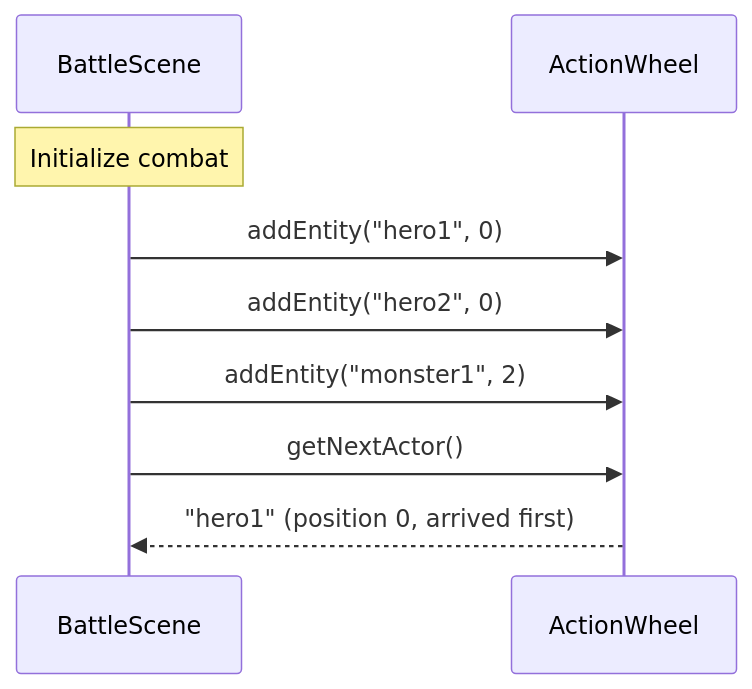
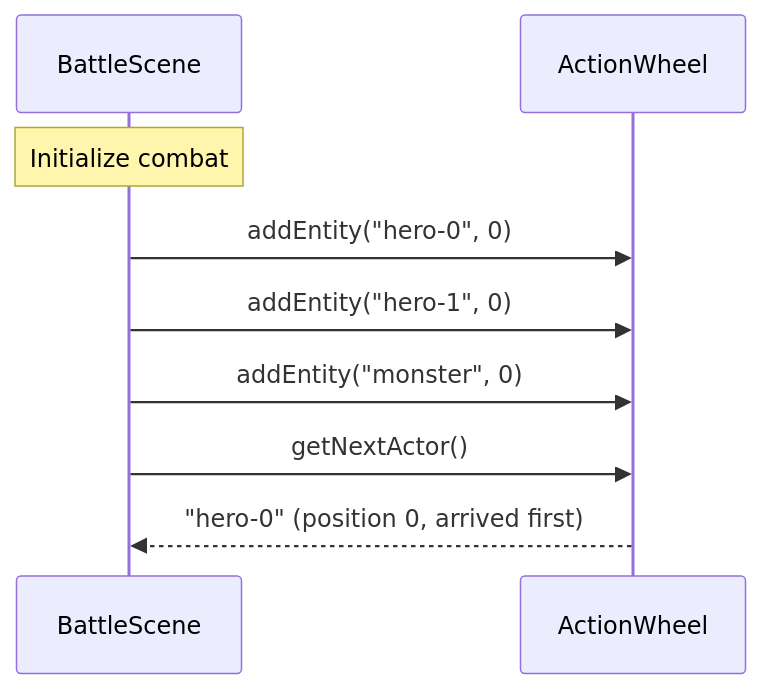
One commit to Dpothier/tabletop-workshop changed the third of 3 diagrams in docs/architecture/action-wheel.md. Above: the diagram before and after it, drawn with Mermaid. The commit also changed 40 other files, not shown here.

First line of the commit message:
feat: implement state/visual separation architecture

````diff
--- a/docs/architecture/action-wheel.md
+++ b/docs/architecture/action-wheel.md
@@ -63,14 +63,14 @@
 ```mermaid
 sequenceDiagram
     participant Battle as BattleScene
     participant Wheel as ActionWheel
 
     Note over Battle: Initialize combat
 
-    Battle->>Wheel: addEntity("hero1", 0)
-    Battle->>Wheel: addEntity("hero2", 0)
-    Battle->>Wheel: addEntity("monster1", 2)
+    Battle->>Wheel: addEntity("hero-0", 0)
+    Battle->>Wheel: addEntity("hero-1", 0)
+    Battle->>Wheel: addEntity("monster", 0)
 
     Battle->>Wheel: getNextActor()
-    Wheel-->>Battle: "hero1" (position 0, arrived first)
+    Wheel-->>Battle: "hero-0" (position 0, arrived first)
 ```
````
